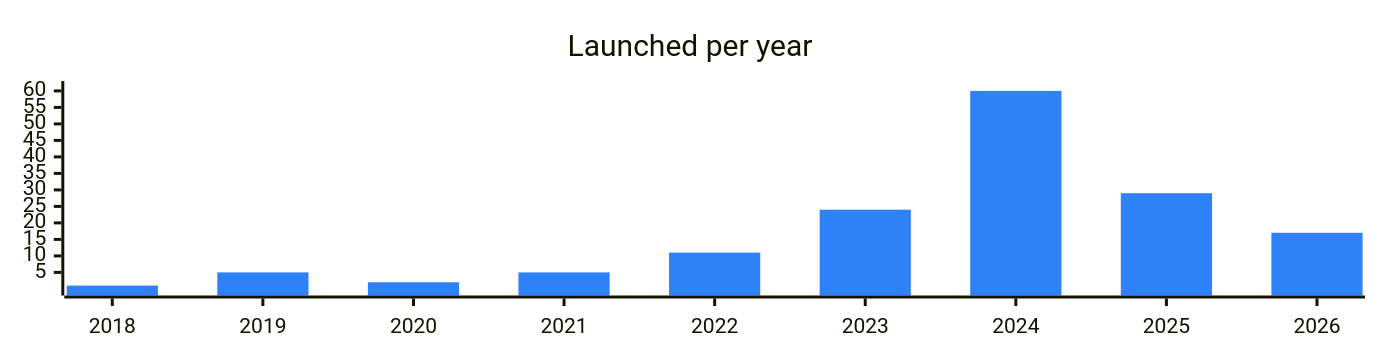
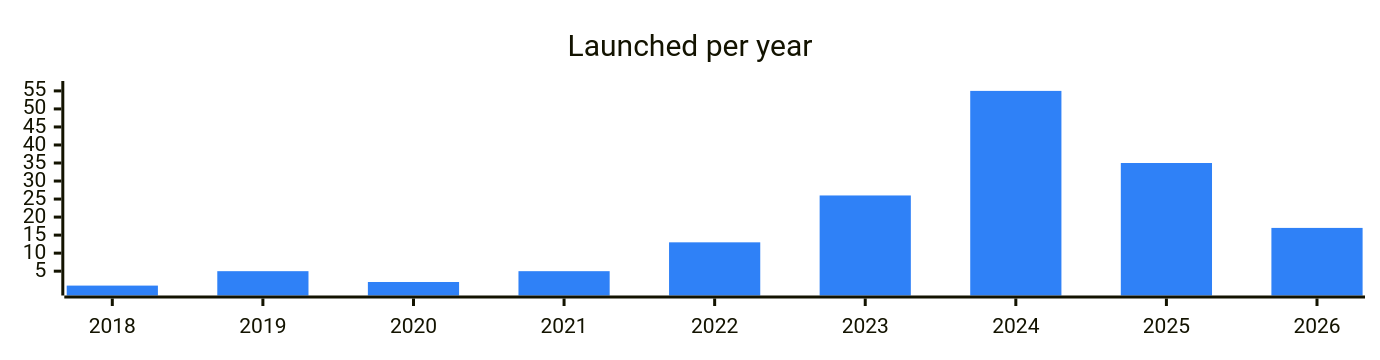
Before and after one commit to vitalikgpt/gram-ecosystem: the diagram in categories/analytics.md, drawn with Mermaid. The commit also changed other lines of this file and 71 other files, not shown here.

````diff
--- a/categories/analytics.md
+++ b/categories/analytics.md
@@ -7,7 +7,7 @@
 ```mermaid
 %%{init: {"xyChart": {"width": 900, "height": 220}, "themeVariables": {"xyChart": {"plotColorPalette": "#2f81f7"}}}}%%
 xychart-beta
   title "Launched per year"
   x-axis ["2018", "2019", "2020", "2021", "2022", "2023", "2024", "2025", "2026"]
-  bar [1, 5, 2, 5, 11, 24, 60, 29, 17]
+  bar [1, 5, 2, 5, 13, 26, 55, 35, 17]
 ```
````
